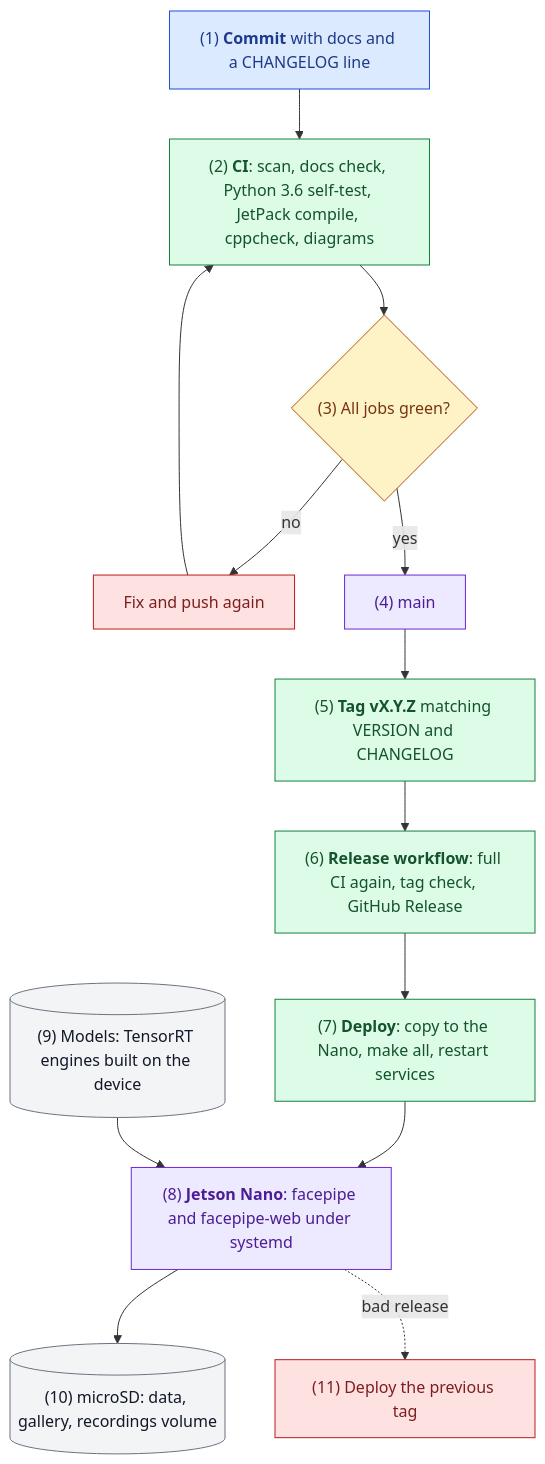
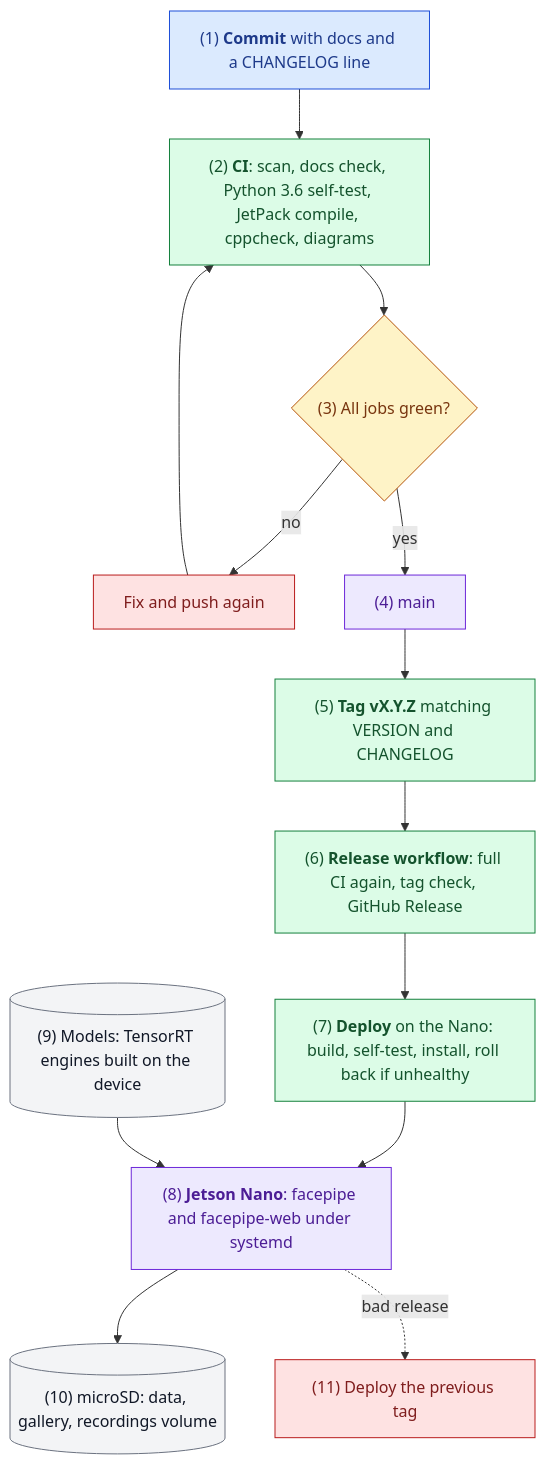
One commit to hamza-aziz-ai/Jetson-Nano-Face-Recognition-Attendance-System changed the second of 2 diagrams in README.md. Above: the diagram before and after it, drawn with Mermaid. The commit also changed other lines of this file and 11 other files, not shown here.

First line of the commit message:
Release assets and Deploy to Nano workflow with rollback

````diff
--- a/README.md
+++ b/README.md
@@ -68,21 +68,21 @@
 ```mermaid
 flowchart TB
   DEV["`(1) **Commit** with docs and a CHANGELOG line`"]:::entry --> CI["`(2) **CI**: scan, docs check, Python 3.6 self-test, JetPack compile, cppcheck, diagrams`"]:::step
   CI --> GREEN{"`(3) All jobs green?`"}:::decision
   GREEN -->|"`no`"| FIX["`Fix and push again`"]:::error
   FIX --> CI
   GREEN -->|"`yes`"| MAIN["`(4) main`"]:::outcome
   MAIN --> TAG["`(5) **Tag vX.Y.Z** matching VERSION and CHANGELOG`"]:::step
   TAG --> REL["`(6) **Release workflow**: full CI again, tag check, GitHub Release`"]:::step
-  REL --> DEPLOY["`(7) **Deploy**: copy to the Nano, make all, restart services`"]:::step
+  REL --> DEPLOY["`(7) **Deploy** on the Nano: build, self-test, install, roll back if unhealthy`"]:::step
   DEPLOY --> NANO["`(8) **Jetson Nano**: facepipe and facepipe-web under systemd`"]:::outcome
   MODELS[("`(9) Models: TensorRT engines built on the device`")]:::store --> NANO
   NANO --> DATA[("`(10) microSD: data, gallery, recordings volume`")]:::store
   NANO -.->|"`bad release`"| BACK["`(11) Deploy the previous tag`"]:::error
   classDef entry fill:#dbeafe,stroke:#1d4ed8,color:#1e3a8a
   classDef step fill:#dcfce7,stroke:#15803d,color:#14532d
   classDef decision fill:#fef3c7,stroke:#b45309,color:#78350f
   classDef outcome fill:#ede9fe,stroke:#6d28d9,color:#4c1d95
   classDef error fill:#fee2e2,stroke:#b91c1c,color:#7f1d1d
   classDef store fill:#f3f4f6,stroke:#6b7280,color:#111827
 ```
````
